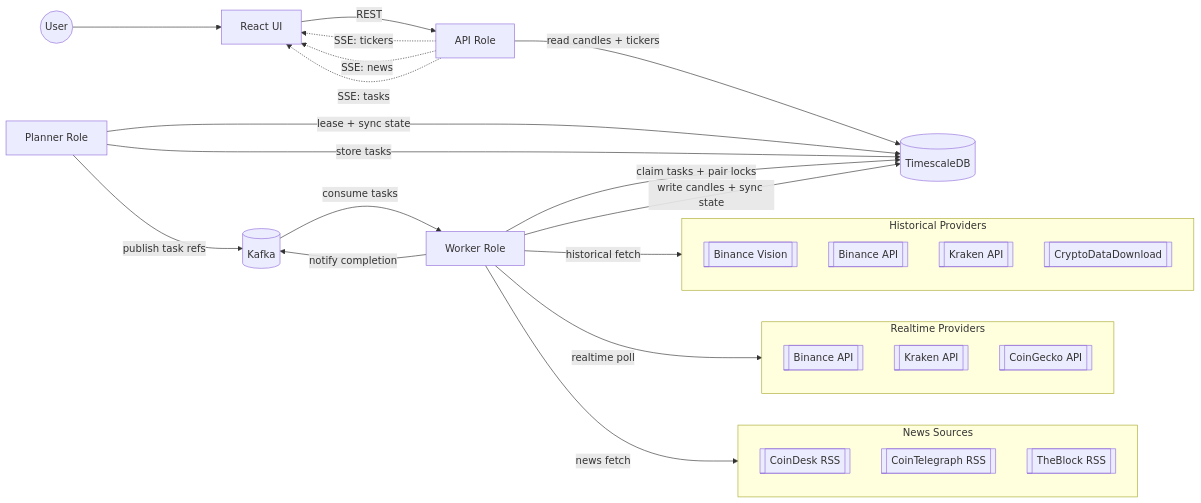
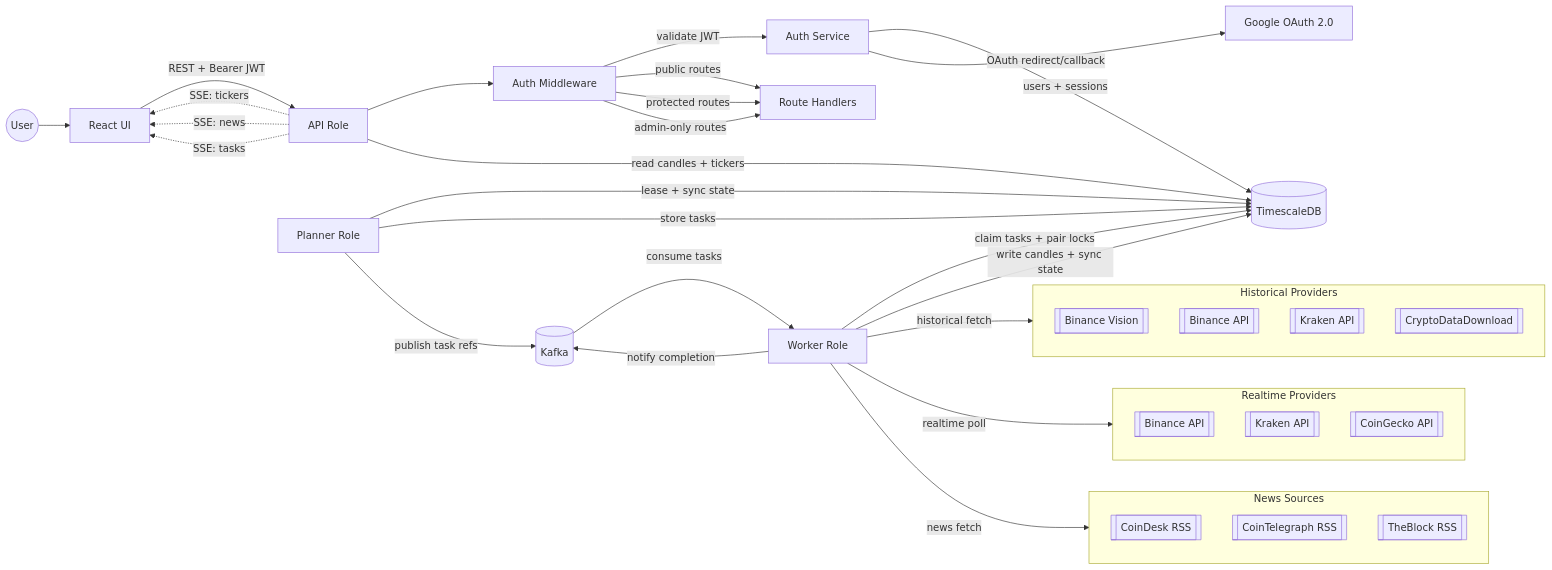
One commit to block-o/exchangely changed the diagram in README.md. Above: the diagram before and after it, drawn with Mermaid. The commit also changed other lines of this file and 51 other files, not shown here.

````diff
--- a/README.md
+++ b/README.md
@@ -31,50 +31,59 @@
 ```mermaid
 flowchart LR
     User((User))
     User --> UI[React UI]
-    UI -->|REST| API
+    UI -->|REST + Bearer JWT| API
 
     API[API Role]
+    API --> AuthMW[Auth Middleware]
+    AuthMW -->|validate JWT| AuthSvc[Auth Service]
+    AuthMW -->|public routes| Handlers[Route Handlers]
+    AuthMW -->|protected routes| Handlers
+    AuthMW -->|admin-only routes| Handlers
+
+    AuthSvc -->|users + sessions| TS
+    AuthSvc -->|OAuth redirect/callback| Google[Google OAuth 2.0]
+
     API -->|read candles + tickers| TS
     API -.->|SSE: tickers| UI
     API -.->|SSE: news| UI
     API -.->|SSE: tasks| UI
 
     Planner[Planner Role]
     Planner -->|lease + sync state| TS
     Planner -->|store tasks| TS
     Planner -->|publish task refs| Kafka
 
     Kafka[(Kafka)]
     Kafka -->|consume tasks| Worker
 
     Worker[Worker Role]
     Worker -->|claim tasks + pair locks| TS
     Worker -->|write candles + sync state| TS
     Worker -->|notify completion| Kafka
 
     Worker -->|historical fetch| Historical
     Worker -->|realtime poll| RealtimeSrc
     Worker -->|news fetch| News
 
     subgraph Historical[Historical Providers]
         BinanceVision[[Binance Vision]]
         BinanceHist[[Binance API]]
         KrakenHist[[Kraken API]]
         CDD[[CryptoDataDownload]]
     end
 
     subgraph RealtimeSrc[Realtime Providers]
         BinanceRT[[Binance API]]
         KrakenRT[[Kraken API]]
         CoinGecko[[CoinGecko API]]
     end
 
     subgraph News[News Sources]
         CoinDesk[[CoinDesk RSS]]
         CoinTelegraph[[CoinTelegraph RSS]]
         TheBlock[[TheBlock RSS]]
     end
 
     TS[(TimescaleDB)]
 ```
````
